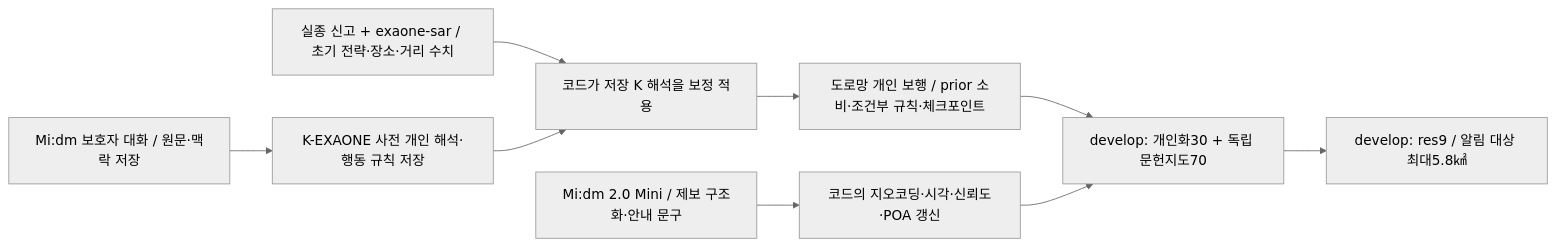
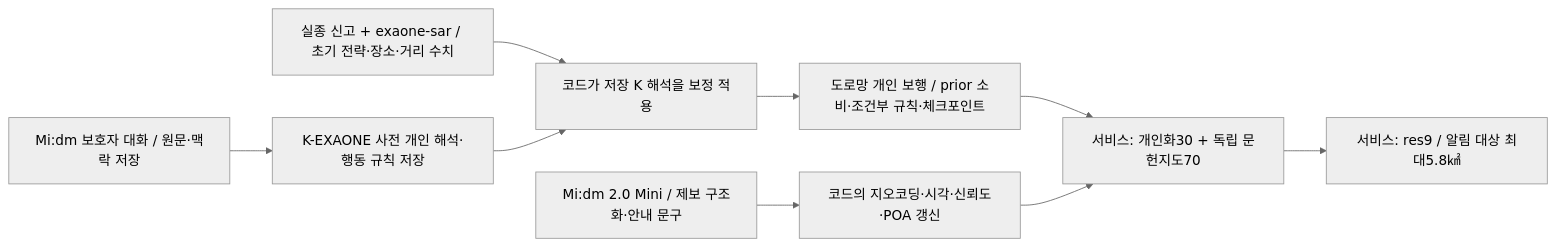
The diagram in README.md (Donghaeng-AI-ROOKIE/Come-back-home), drawn with Mermaid (neutral theme) before and after one commit. The commit also changed other lines of this file and 12 other files, not shown here.

````diff
--- a/README.md
+++ b/README.md
@@ -81,11 +81,11 @@
 ```mermaid
 flowchart LR
     A["Mi:dm 보호자 대화 / 원문·맥락 저장"] --> B["K-EXAONE 사전 개인 해석·행동 규칙 저장"]
     C["실종 신고 + exaone-sar / 초기 전략·장소·거리 수치"] --> D["코드가 저장 K 해석을 보정 적용"]
     B --> D
     D --> E["도로망 개인 보행 / prior 소비·조건부 규칙·체크포인트"]
-    E --> F["develop: 개인화30 + 독립 문헌지도70"]
-    F --> G["develop: res9 / 알림 대상 최대5.8㎢"]
+    E --> F["서비스: 개인화30 + 독립 문헌지도70"]
+    F --> G["서비스: res9 / 알림 대상 최대5.8㎢"]
     H["Mi:dm 2.0 Mini / 제보 구조화·안내 문구"] --> I["코드의 지오코딩·시각·신뢰도·POA 갱신"]
     I --> F
 ```
````
